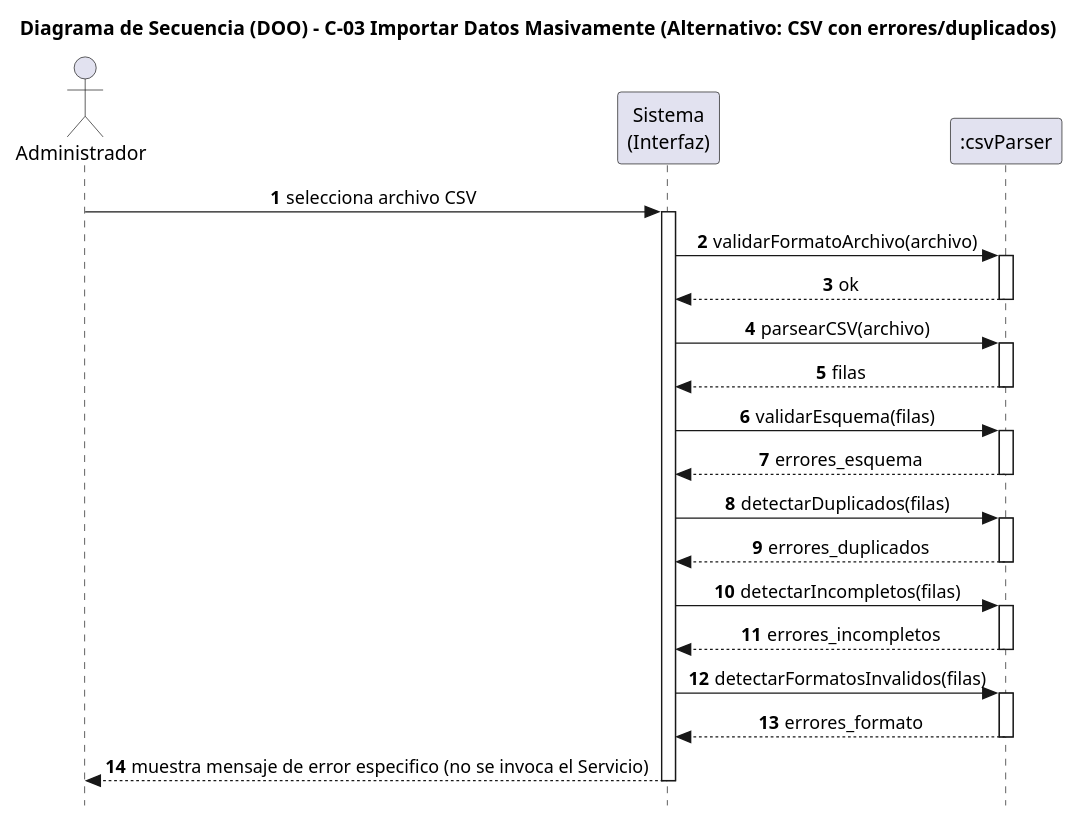
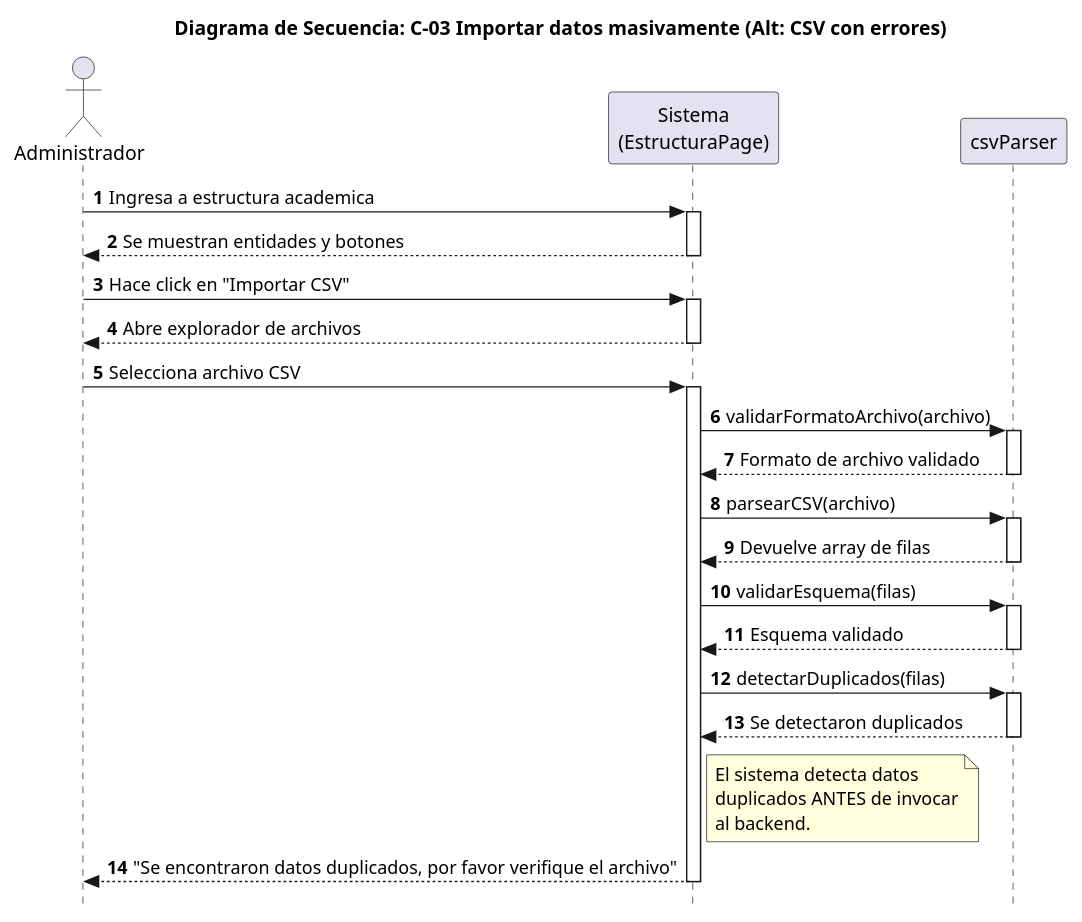
Before and after one commit to SantiagoScetti/sic-unne-admin: the diagram in docs/puml/actualizacion_claude/C-03 Importar datos masivamente (CSV con errores_duplicados).puml, drawn with PlantUML. The commit also changed 15 other files, not shown here.

```diff
--- a/docs/puml/actualizacion_claude/C-03 Importar datos masivamente (CSV con errores_duplicados).puml
+++ b/docs/puml/actualizacion_claude/C-03 Importar datos masivamente (CSV con errores_duplicados).puml
@@ -1,54 +1,61 @@
 @startuml
-title Diagrama de Secuencia (DOO) - C-03 Importar Datos Masivamente (Alternativo: CSV con errores/duplicados)
 
-' La validacion ocurre en la presentacion, antes de tocar el dominio. Si el objeto
-' csvParser detecta errores de esquema, duplicados, incompletos o formatos invalidos,
-' la Interfaz informa y NO invoca a ServicioComision (no se realiza ninguna escritura).
+title Diagrama de Secuencia: C-03 Importar datos masivamente (Alt: CSV con errores)
 
 skinparam style strictuml
-skinparam sequenceMessageAlign center
-hide footbox
+skinparam ParticipantPadding 30
+skinparam BoxPadding 12
+
 autonumber
 
-actor Administrador as Admin
+actor Administrador
+participant "Sistema\n(EstructuraPage)" as Interfaz
+participant "csvParser"                 as Parser
+   
 
-participant "Sistema\n(Interfaz)"   as UI
-participant ":csvParser"           as Parser
 
-Admin -> UI : selecciona archivo CSV
-activate UI
 
-UI -> Parser : validarFormatoArchivo(archivo)
+Administrador -> Interfaz: Ingresa a estructura academica
+activate Interfaz
+Interfaz --> Administrador: Se muestran entidades y botones
+deactivate Interfaz
+
+Administrador -> Interfaz: Hace click en "Importar CSV"
+activate Interfaz
+Interfaz --> Administrador: Abre explorador de archivos
+deactivate Interfaz
+
+Administrador -> Interfaz: Selecciona archivo CSV
+activate Interfaz
+
+Interfaz -> Parser: validarFormatoArchivo(archivo)
 activate Parser
-Parser --> UI : ok
+Parser --> Interfaz: Formato de archivo validado
 deactivate Parser
 
-UI -> Parser : parsearCSV(archivo)
+Interfaz -> Parser: parsearCSV(archivo)
 activate Parser
-Parser --> UI : filas
+Parser --> Interfaz: Devuelve array de filas
 deactivate Parser
 
-UI -> Parser : validarEsquema(filas)
+Interfaz -> Parser: validarEsquema(filas)
 activate Parser
-Parser --> UI : errores_esquema
+Parser --> Interfaz: Esquema validado
 deactivate Parser
 
-UI -> Parser : detectarDuplicados(filas)
+Interfaz -> Parser: detectarDuplicados(filas)
 activate Parser
-Parser --> UI : errores_duplicados
+Parser --> Interfaz: Se detectaron duplicados
 deactivate Parser
 
-UI -> Parser : detectarIncompletos(filas)
-activate Parser
-Parser --> UI : errores_incompletos
-deactivate Parser
+note right of Interfaz
+  El sistema detecta datos
+  duplicados ANTES de invocar
+  al backend. 
+end note
 
-UI -> Parser : detectarFormatosInvalidos(filas)
-activate Parser
-Parser --> UI : errores_formato
-deactivate Parser
+Interfaz --> Administrador: "Se encontraron datos duplicados, por favor verifique el archivo"
+deactivate Interfaz
 
-UI --> Admin : muestra mensaje de error especifico (no se invoca el Servicio)
-deactivate UI
 
 @enduml
```
